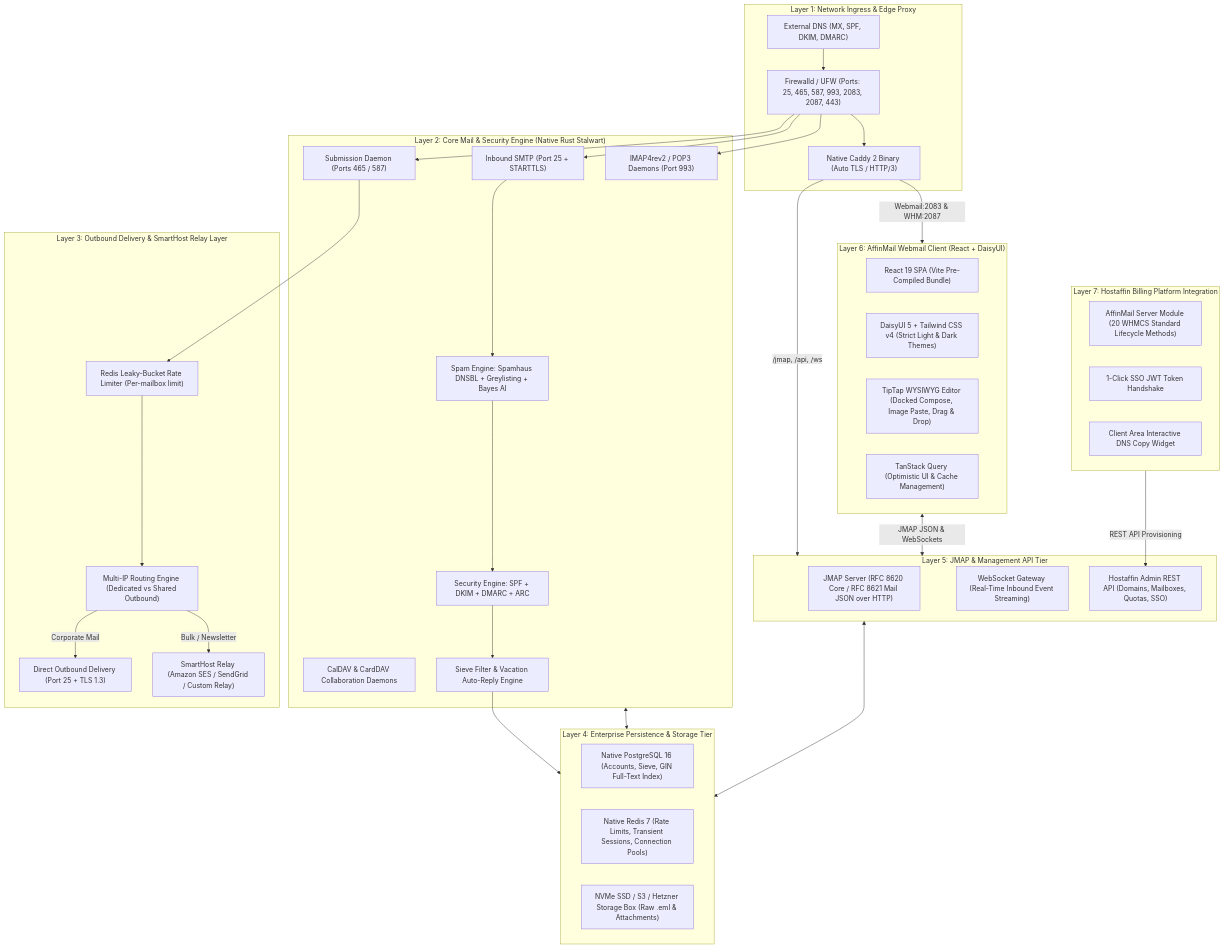
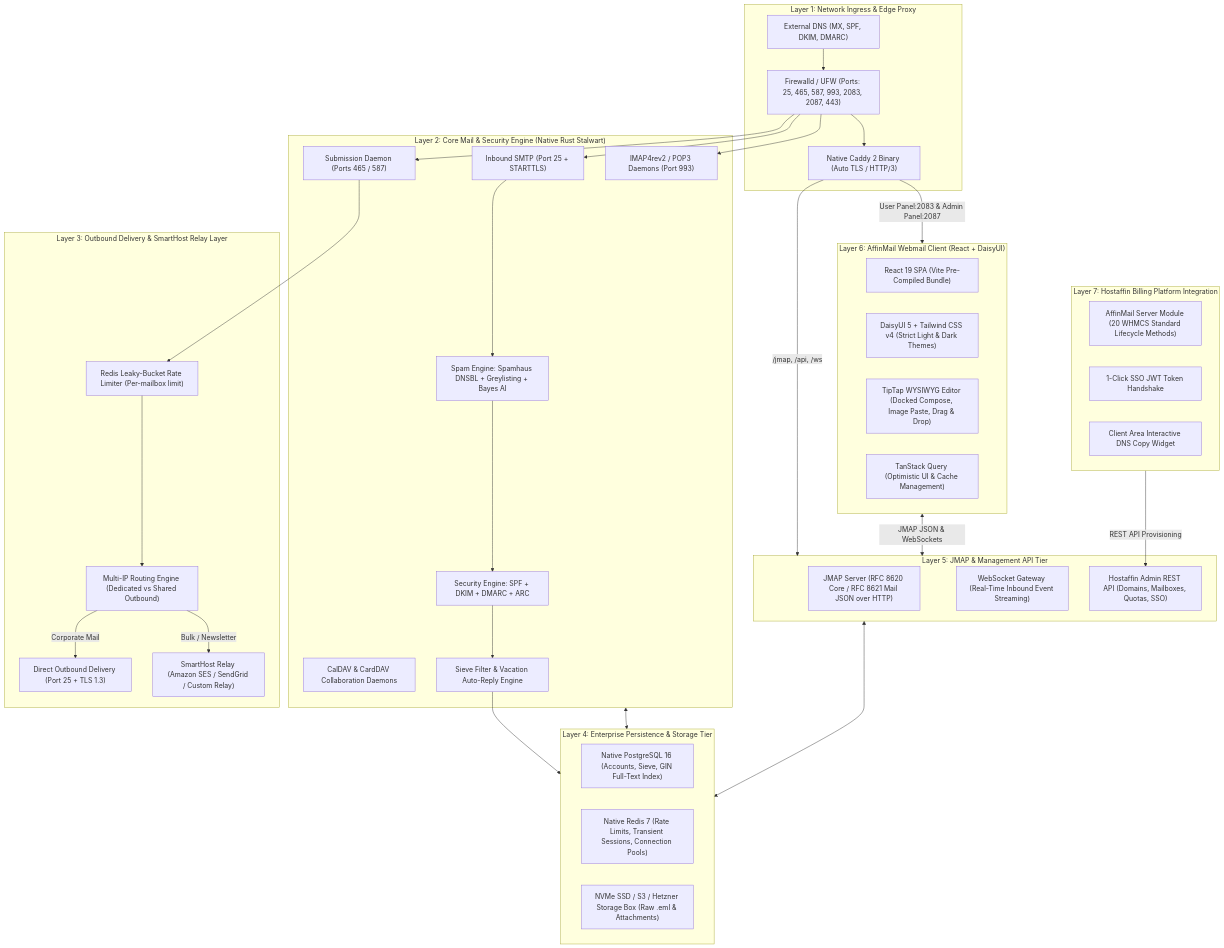
Before and after one commit to hostaffin/affinmail: the diagram in README.md, drawn with Mermaid. The commit also changed other lines of this file and 63 other files, not shown here.

````diff
--- a/README.md
+++ b/README.md
@@ -80,66 +83,66 @@
 ```mermaid
 flowchart TD
     subgraph L1["Layer 1: Network Ingress & Edge Proxy"]
         DNS["External DNS (MX, SPF, DKIM, DMARC)"]
         Caddy["Native Caddy 2 Binary (Auto TLS / HTTP/3)"]
         Firewall["Firewalld / UFW (Ports: 25, 465, 587, 993, 2083, 2087, 443)"]
     end
 
     subgraph L2["Layer 2: Core Mail & Security Engine (Native Rust Stalwart)"]
         SMTP_In["Inbound SMTP (Port 25 + STARTTLS)"]
         SMTP_Sub["Submission Daemon (Ports 465 / 587)"]
         IMAP_Daemon["IMAP4rev2 / POP3 Daemons (Port 993)"]
         CalCard["CalDAV & CardDAV Collaboration Daemons"]
         SpamDefense["Spam Engine: Spamhaus DNSBL + Greylisting + Bayes AI"]
         SecEngine["Security Engine: SPF + DKIM + DMARC + ARC"]
         SieveEngine["Sieve Filter & Vacation Auto-Reply Engine"]
     end
 
     subgraph L3["Layer 3: Outbound Delivery & SmartHost Relay Layer"]
         Router["Multi-IP Routing Engine (Dedicated vs Shared Outbound)"]
         RateLimiter["Redis Leaky-Bucket Rate Limiter (Per-mailbox limit)"]
         DirectOut["Direct Outbound Delivery (Port 25 + TLS 1.3)"]
         RelayOut["SmartHost Relay (Amazon SES / SendGrid / Custom Relay)"]
     end
 
     subgraph L4["Layer 4: Enterprise Persistence & Storage Tier"]
         PG["Native PostgreSQL 16 (Accounts, Sieve, GIN Full-Text Index)"]
         Redis["Native Redis 7 (Rate Limits, Transient Sessions, Connection Pools)"]
         BlobStore["NVMe SSD / S3 / Hetzner Storage Box (Raw .eml & Attachments)"]
     end
 
     subgraph L5["Layer 5: JMAP & Management API Tier"]
         JMAP["JMAP Server (RFC 8620 Core / RFC 8621 Mail JSON over HTTP)"]
         WS["WebSocket Gateway (Real-Time Inbound Event Streaming)"]
         AdminREST["Hostaffin Admin REST API (Domains, Mailboxes, Quotas, SSO)"]
     end
 
     subgraph L6["Layer 6: AffinMail Webmail Client (React + DaisyUI)"]
         ReactApp["React 19 SPA (Vite Pre-Compiled Bundle)"]
         DaisyUI["DaisyUI 5 + Tailwind CSS v4 (Strict Light & Dark Themes)"]
         TipTap["TipTap WYSIWYG Editor (Docked Compose, Image Paste, Drag & Drop)"]
         QueryCache["TanStack Query (Optimistic UI & Cache Management)"]
     end
 
     subgraph L7["Layer 7: Hostaffin Billing Platform Integration"]
         Driver["AffinMail Server Module (20 WHMCS Standard Lifecycle Methods)"]
         SSOEngine["1-Click SSO JWT Token Handshake"]
         DNSWidget["Client Area Interactive DNS Copy Widget"]
     end
 
     %% Wiring
     DNS --> Firewall --> Caddy
     Firewall --> SMTP_In & SMTP_Sub & IMAP_Daemon
     Caddy -->|/jmap, /api, /ws| L5
-    Caddy -->|Webmail:2083 & WHM:2087| L6
+    Caddy -->|User Panel:2083 & Admin Panel:2087| L6
 
     SMTP_In --> SpamDefense --> SecEngine --> SieveEngine --> L4
     SMTP_Sub --> RateLimiter --> Router
     Router -->|Corporate Mail| DirectOut
     Router -->|Bulk / Newsletter| RelayOut
 
     L2 <--> L4
     L5 <--> L4
     L6 <-->|JMAP JSON & WebSockets| L5
     L7 -->|REST API Provisioning| AdminREST
 ```
````
